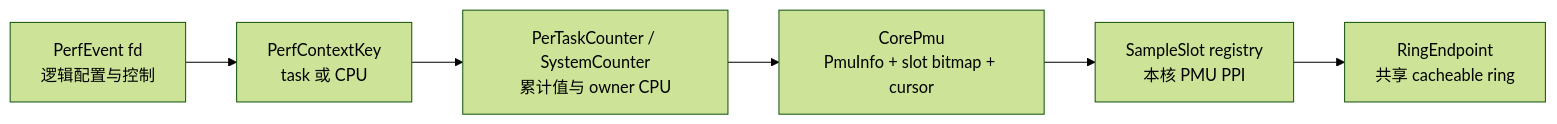
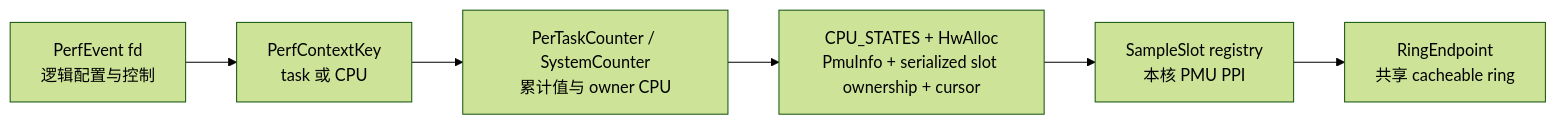
One commit to rcore-os/tgoskits changed the first of 2 diagrams in docs/design/starry-aarch64-linux-perf.md. Above: the diagram before and after it, drawn with Mermaid (forest theme). The commit also changed other lines of this file and 9 other files, not shown here.

````diff
--- a/docs/design/starry-aarch64-linux-perf.md
+++ b/docs/design/starry-aarch64-linux-perf.md
@@ -51,8 +51,8 @@
 ```mermaid
 flowchart LR
     FD["PerfEvent fd\n逻辑配置与控制"] --> CTX["PerfContextKey\ntask 或 CPU"]
     CTX --> EVENT["PerTaskCounter / SystemCounter\n累计值与 owner CPU"]
-    EVENT --> CPU["CorePmu\nPmuInfo + slot bitmap + cursor"]
+    EVENT --> CPU["CPU_STATES + HwAlloc\nPmuInfo + serialized slot ownership + cursor"]
     CPU --> IRQ["SampleSlot registry\n本核 PMU PPI"]
     IRQ --> OUT["RingEndpoint\n共享 cacheable ring"]
 ```
````
